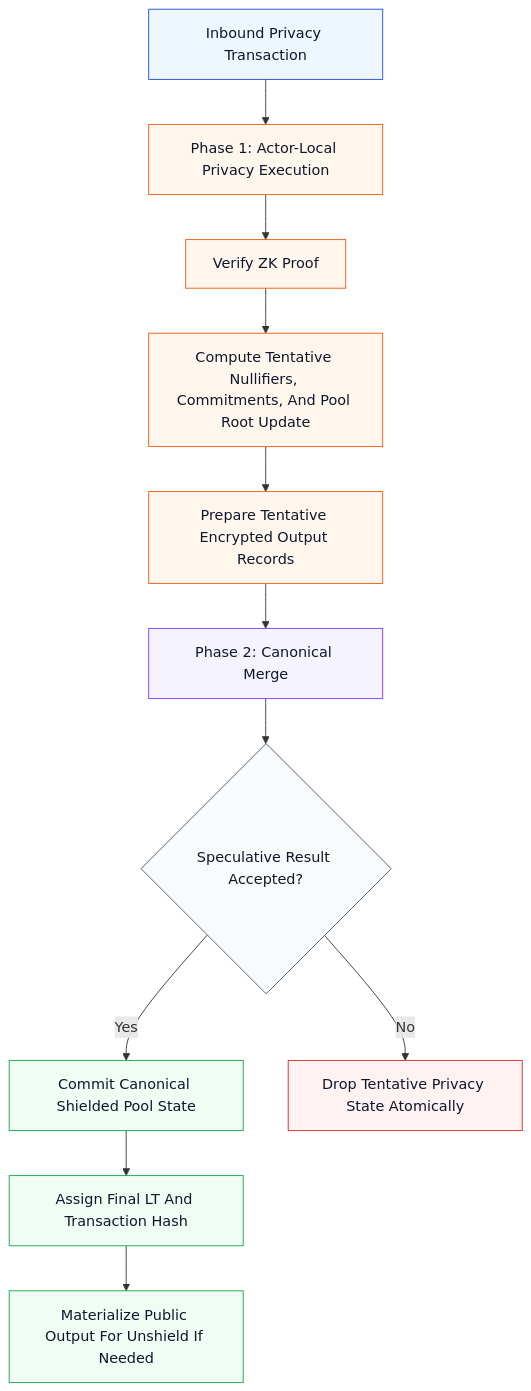
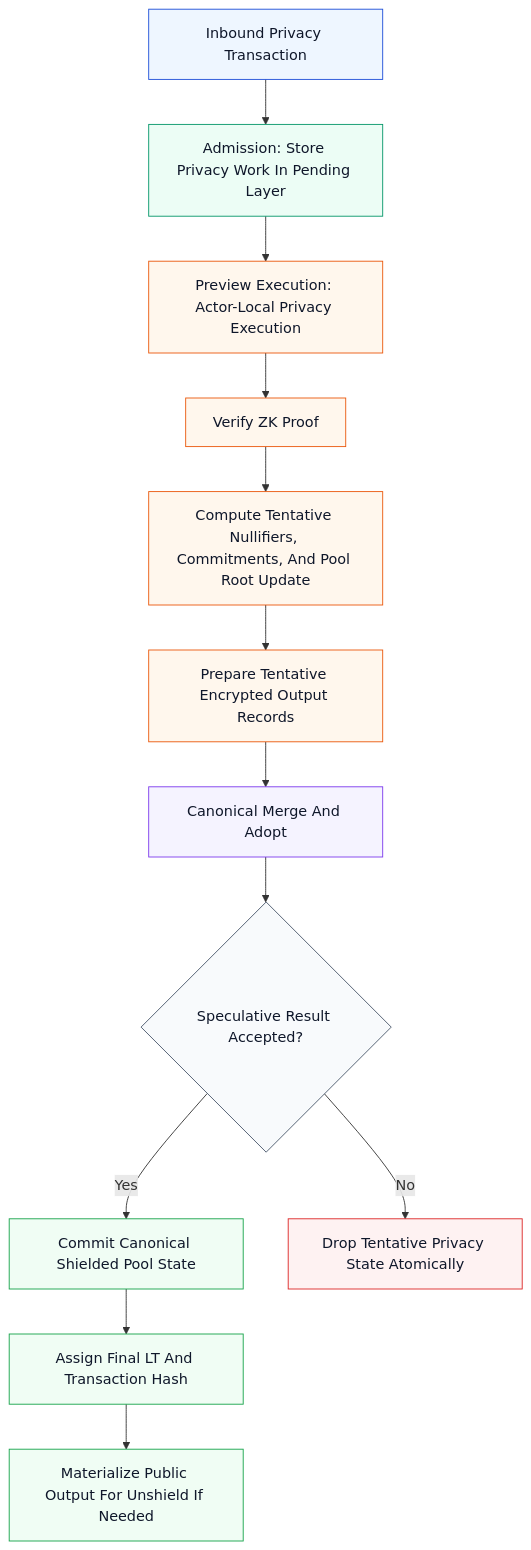
Before and after one commit to tosnetwork/tos: the third of 3 diagrams in doc/actor-privacy-v3.md, drawn with Mermaid. The commit also changed other lines of this file and 1 other file, not shown here.

Commit message:
Align actor docs with admission and wave execution

````diff
--- a/doc/actor-privacy-v3.md
+++ b/doc/actor-privacy-v3.md
@@ -533,32 +547,35 @@
 ```mermaid
 flowchart TD
   M["Inbound Privacy Transaction"]
-  P1["Phase 1: Actor-Local Privacy Execution"]
+  A0["Admission: Store Privacy Work In Pending Layer"]
+  P1["Preview Execution: Actor-Local Privacy Execution"]
   V1["Verify ZK Proof"]
   T1["Compute Tentative Nullifiers, Commitments, And Pool Root Update"]
   T2["Prepare Tentative Encrypted Output Records"]
-  P2["Phase 2: Canonical Merge"]
+  P2["Canonical Merge And Adopt"]
   D1{"Speculative Result Accepted?"}
   C1["Commit Canonical Shielded Pool State"]
   C2["Assign Final LT And Transaction Hash"]
   C3["Materialize Public Output For Unshield If Needed"]
   R1["Drop Tentative Privacy State Atomically"]
 
-  M --> P1 --> V1 --> T1 --> T2 --> P2 --> D1
+  M --> A0 --> P1 --> V1 --> T1 --> T2 --> P2 --> D1
   D1 -- "Yes" --> C1 --> C2 --> C3
   D1 -- "No" --> R1
 
   classDef inbound fill:#eef6ff,stroke:#1d4ed8,color:#0f172a,stroke-width:1px;
+  classDef admission fill:#ecfdf5,stroke:#059669,color:#0f172a,stroke-width:1px;
   classDef phase1 fill:#fff7ed,stroke:#ea580c,color:#0f172a,stroke-width:1px;
   classDef phase2 fill:#f5f3ff,stroke:#7c3aed,color:#0f172a,stroke-width:1px;
   classDef commit fill:#f0fdf4,stroke:#16a34a,color:#0f172a,stroke-width:1px;
   classDef rollback fill:#fef2f2,stroke:#dc2626,color:#0f172a,stroke-width:1px;
   classDef decision fill:#f8fafc,stroke:#475569,color:#0f172a,stroke-width:1px;
 
   class M inbound;
+  class A0 admission;
   class P1,V1,T1,T2 phase1;
   class P2 phase2;
   class C1,C2,C3 commit;
   class R1 rollback;
   class D1 decision;
 ```
````
